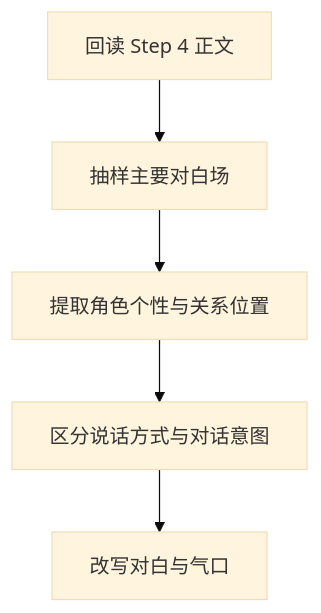
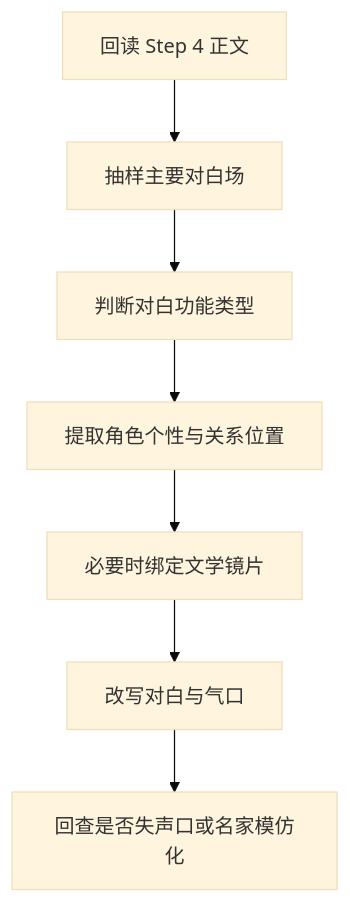
One commit to ZEN-VOID/AI-CUT changed the diagram in .agents/skills/story/3-Drafting/5-对白个性化/SKILL.md. Above: the diagram before and after it, drawn with Mermaid (base theme). The commit also changed other lines of this file and 184 other files, not shown here.

````diff
--- a/.agents/skills/story/3-Drafting/5-对白个性化/SKILL.md
+++ b/.agents/skills/story/3-Drafting/5-对白个性化/SKILL.md
@@ -91,7 +101,9 @@
 ```mermaid
 flowchart TD
     A["回读 Step 4 正文"] --> B["抽样主要对白场"]
-    B --> C["提取角色个性与关系位置"]
-    C --> D["区分说话方式与对话意图"]
-    D --> E["改写对白与气口"]
+    B --> C["判断对白功能类型"]
+    C --> D["提取角色个性与关系位置"]
+    D --> E["必要时绑定文学镜片"]
+    E --> F["改写对白与气口"]
+    F --> G["回查是否失声口或名家模仿化"]
 ```
````
